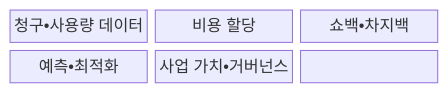
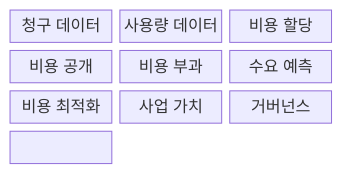
Before and after one commit to agnusdei1207/knowledge-base: the first of 2 diagrams in src/content/docs/notes/08-latest-tech/178_finops.md, drawn with Mermaid. The commit also changed other lines of this file and 20 other files, not shown here.

````diff
--- a/src/content/docs/notes/08-latest-tech/178_finops.md
+++ b/src/content/docs/notes/08-latest-tech/178_finops.md
@@ -68,11 +72,15 @@
 ```mermaid
 block-beta
   columns 3
-  N0["청구•사용량 데이터"]
+  N0["청구 데이터"]
+  N5["사용량 데이터"]
   N1["비용 할당"]
-  N2["쇼백•차지백"]
-  N3["예측•최적화"]
-  N4["사업 가치•거버넌스"]
-  N0 --- N1 --- N2
-  N2 --- N3 --- N4
+  N2["비용 공개"]
+  N6["비용 부과"]
+  N3["수요 예측"]
+  N7["비용 최적화"]
+  N4["사업 가치"]
+  N8["거버넌스"]
+  N0 --- N5 --- N1 --- N2
+  N1 --- N6 --- N3 --- N7 --- N4 --- N8
 ```
````
